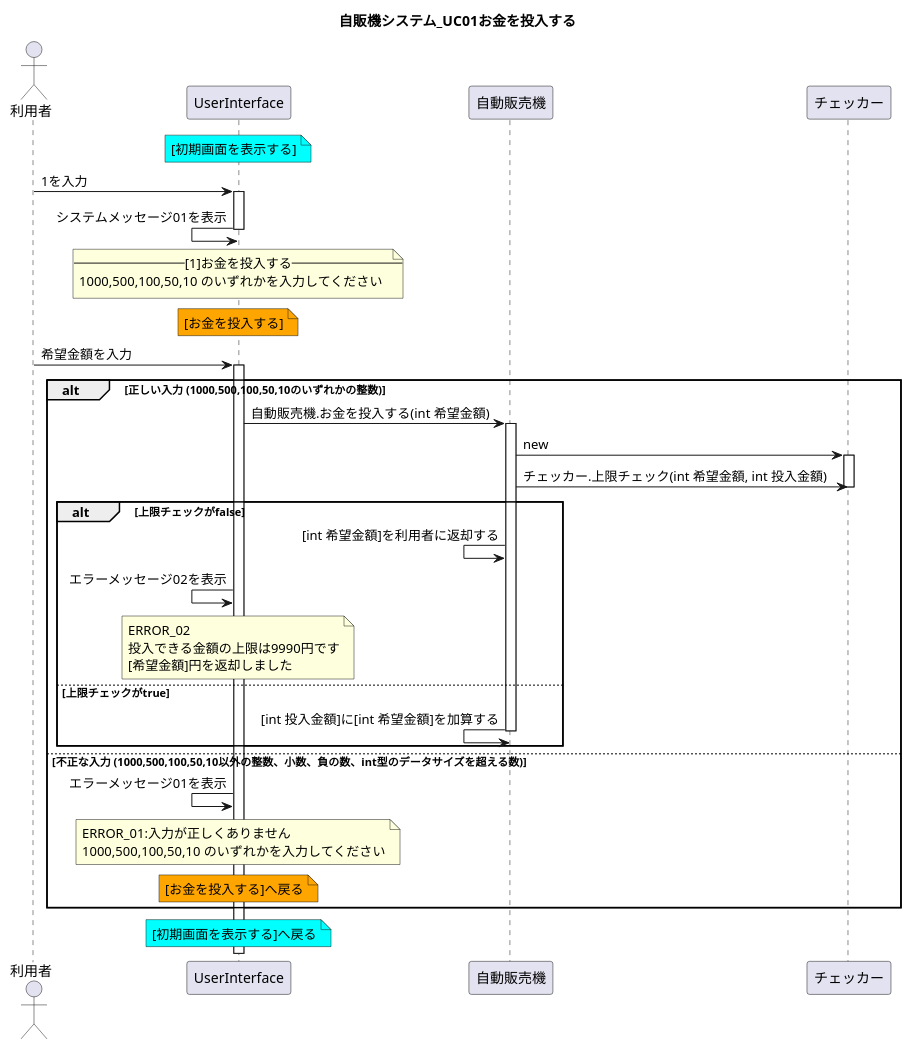
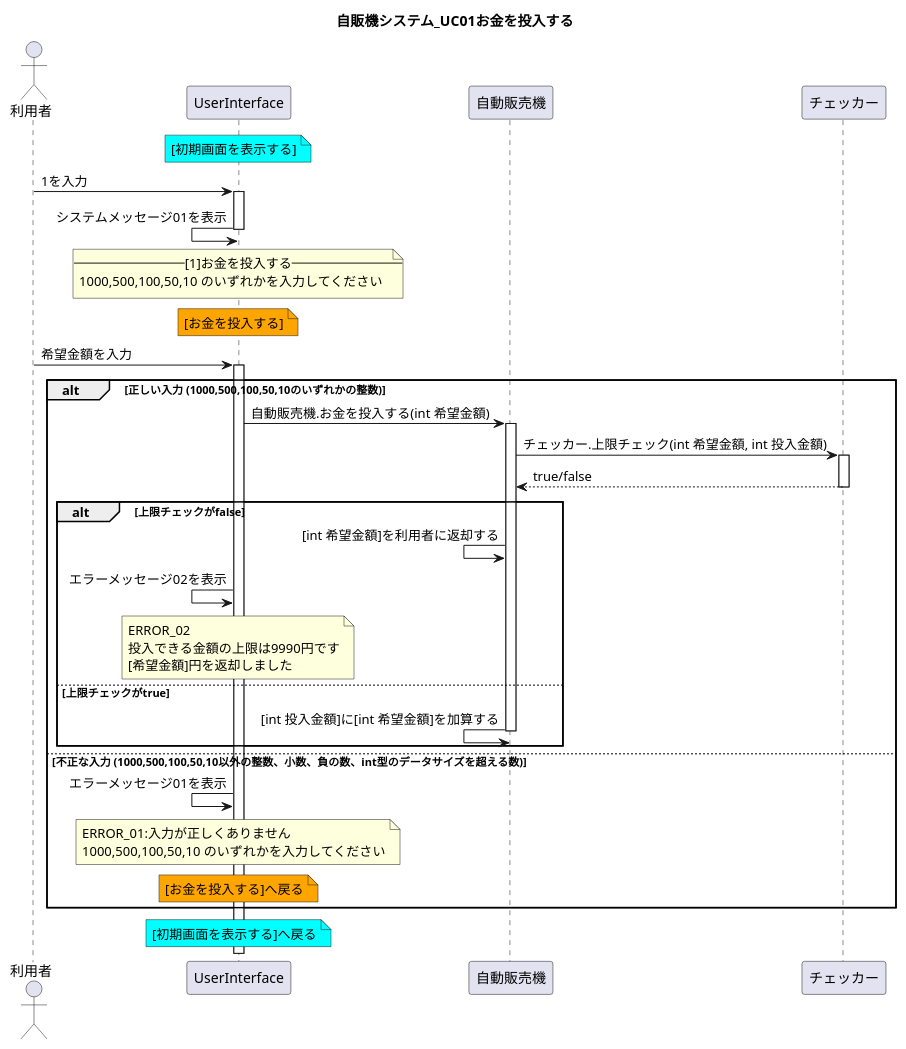
One commit to W-Nakayama-24/VendingMachine_CUI changed the diagram in UML_class_sequence/VendingMachine_sequence01.puml. Above: the diagram before and after it, drawn with PlantUML. The commit also changed 3 other files, not shown here.

Commit message:
FIX classDiag, sequence

```diff
--- a/UML_class_sequence/VendingMachine_sequence01.puml
+++ b/UML_class_sequence/VendingMachine_sequence01.puml
@@ -1,72 +1,73 @@
 @startuml
 title 自販機システム_UC01お金を投入する
 
 actor 利用者
 note over UserInterface #Cyan
 [初期画面を表示する]
 end note
 
 利用者 -> UserInterface : 1を入力
 activate UserInterface
 
 
 UserInterface <- UserInterface : システムメッセージ01を表示
     note over UserInterface
     --[1]お金を投入する--
     1000,500,100,50,10 のいずれかを入力してください
     end note
 deactivate UserInterface
 
 
 note over UserInterface #Orange
 [お金を投入する]
 end note
 利用者 -> UserInterface : 希望金額を入力
 '不正な入力はUIの段階で弾いておくべきではないか? 現実の自販機も異物は突っ込めない
 '自分で定めた条件や、sc.nextInt()の例外を拾う
 activate UserInterface
 
 alt 正しい入力 (1000,500,100,50,10のいずれかの整数)
 
 UserInterface -> 自動販売機 : 自動販売機.お金を投入する(int 希望金額)
 activate 自動販売機
-自動販売機 -> チェッカー : new
-activate チェッカー
+
 
 自動販売機 -> チェッカー : チェッカー.上限チェック(int 希望金額, int 投入金額)
+activate チェッカー
+自動販売機 <-- チェッカー : true/false
 deactivate チェッカー
 
 alt 上限チェックがfalse
 自動販売機 <- 自動販売機 : [int 希望金額]を利用者に返却する
 UserInterface <- UserInterface : エラーメッセージ02を表示
 
     note over UserInterface
     ERROR_02
     投入できる金額の上限は9990円です
     [希望金額]円を返却しました
     end note
 
 else 上限チェックがtrue
 自動販売機 <- 自動販売機 : [int 投入金額]に[int 希望金額]を加算する
 deactivate 自動販売機
 end
 
 
 
 else 不正な入力 (1000,500,100,50,10以外の整数、小数、負の数、int型のデータサイズを超える数)
 UserInterface <- UserInterface : エラーメッセージ01を表示
     note over UserInterface
     ERROR_01:入力が正しくありません
     1000,500,100,50,10 のいずれかを入力してください
     end note
 
     note over UserInterface #Orange
     [お金を投入する]へ戻る
     end note
 end
 
 note over UserInterface #Cyan
 [初期画面を表示する]へ戻る
 end note
 
 @enduml
```
